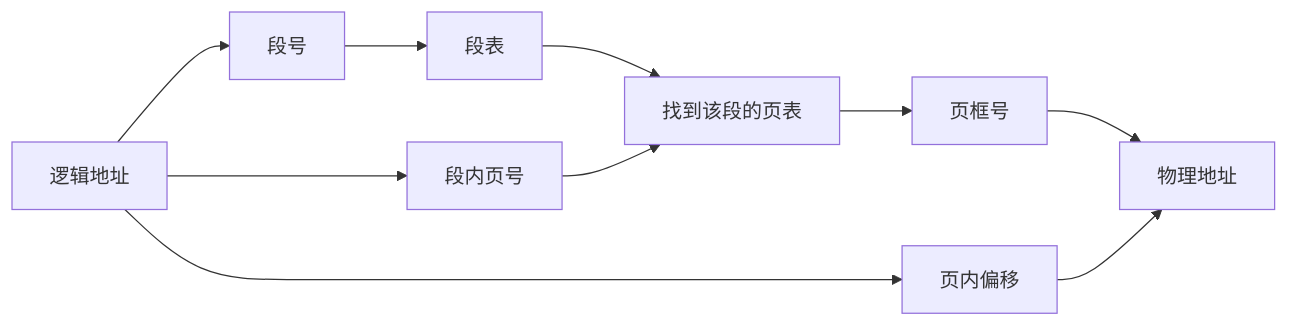
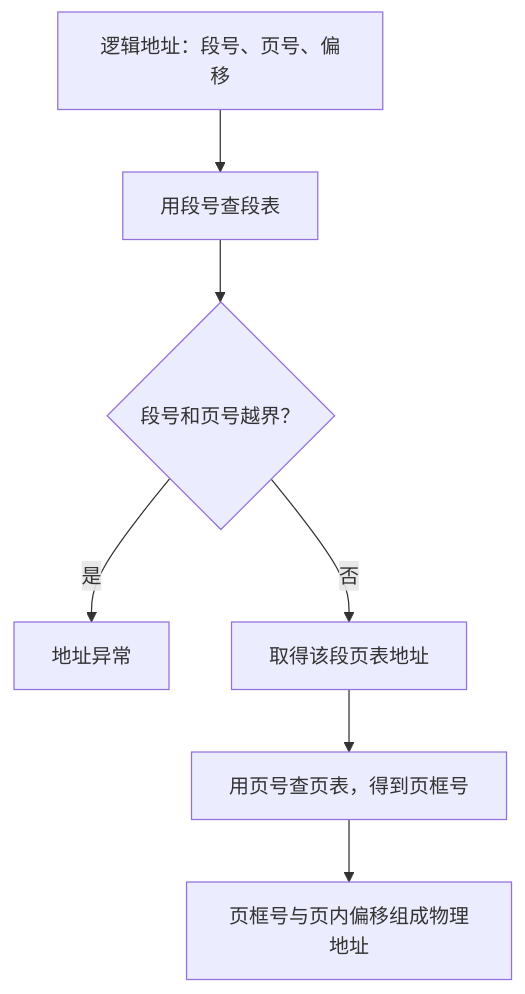
One commit to 74262195/system-architect-notes changed the diagram in 01_综合知识/01_计算机系统基础知识/02_操作系统/段页式存储管理.md. Above: the diagram before and after it, drawn with Mermaid. The commit also changed other lines of this file and 16 other files, not shown here.

````diff
--- a/01_综合知识/01_计算机系统基础知识/02_操作系统/段页式存储管理.md
+++ b/01_综合知识/01_计算机系统基础知识/02_操作系统/段页式存储管理.md
@@ -48,12 +37,9 @@
 ```mermaid
-flowchart LR
-    A["逻辑地址"] --> B["段号"]
-    A --> C["段内页号"]
-    A --> D["页内偏移"]
-    B --> E["段表"]
-    E --> F["找到该段的页表"]
-    C --> F
-    F --> G["页框号"]
-    G --> H["物理地址"]
-    D --> H
+flowchart TD
+    A["逻辑地址：段号、页号、偏移"] --> B["用段号查段表"]
+    B --> C{"段号和页号越界？"}
+    C -->|是| D["地址异常"]
+    C -->|否| E["取得该段页表地址"]
+    E --> F["用页号查页表，得到页框号"]
+    F --> G["页框号与页内偏移组成物理地址"]
 ```
````
